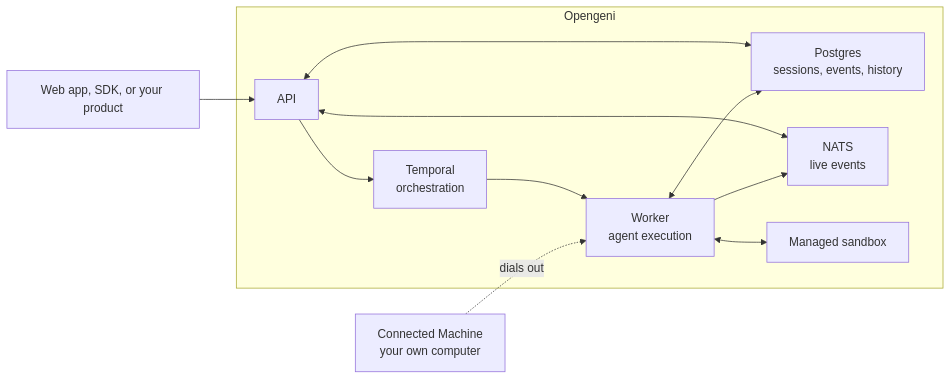
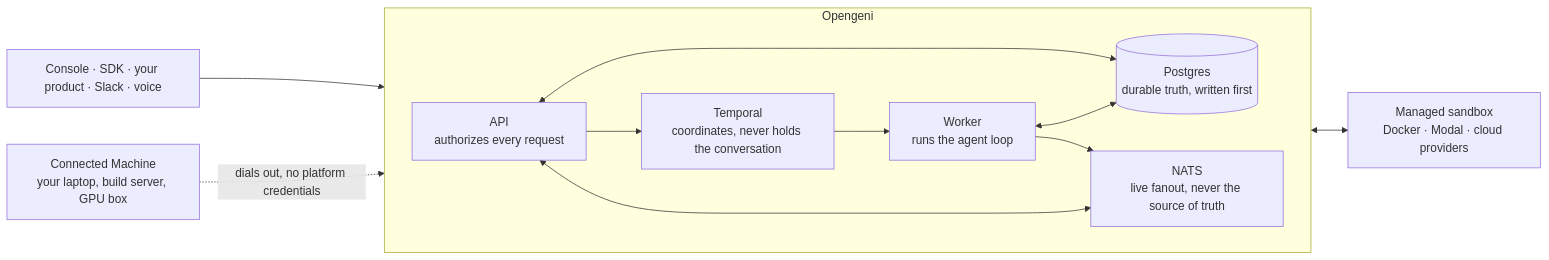
The diagram in README.md (Cloudgeni-ai/opengeni), drawn with Mermaid before and after one commit. The commit also changed other lines of this file, not shown here.

First line of the commit message:
docs: reframe the README architecture around the ten-layer stack

````diff
--- a/README.md
+++ b/README.md
@@ -91,25 +125,26 @@
 ```mermaid
 flowchart LR
-  Client["Web app, SDK, or your product"]
+  Client["Console · SDK · your product · Slack · voice"]
 
   subgraph Opengeni
-    API["API"]
-    DB["Postgres<br/>sessions, events, history"]
-    Temporal["Temporal<br/>orchestration"]
-    Worker["Worker<br/>agent execution"]
-    NATS["NATS<br/>live events"]
-    Sandbox["Managed sandbox"]
+    direction LR
+    API["API<br/>authorizes every request"]
+    DB[("Postgres<br/>durable truth, written first")]
+    Temporal["Temporal<br/>coordinates, never holds the conversation"]
+    NATS["NATS<br/>live fanout, never the source of truth"]
+    Worker["Worker<br/>runs the agent loop"]
   end
 
-  Machine["Connected Machine<br/>your own computer"]
+  Sandbox["Managed sandbox<br/>Docker · Modal · cloud providers"]
+  Machine["Connected Machine<br/>your laptop, build server, GPU box"]
 
   Client --> API
   API <--> DB
   API --> Temporal
   API <--> NATS
   Temporal --> Worker
   Worker <--> DB
   Worker --> NATS
   Worker <--> Sandbox
-  Machine -. dials out .-> Worker
+  Machine -. dials out, no platform credentials .-> Worker
 ```
````
